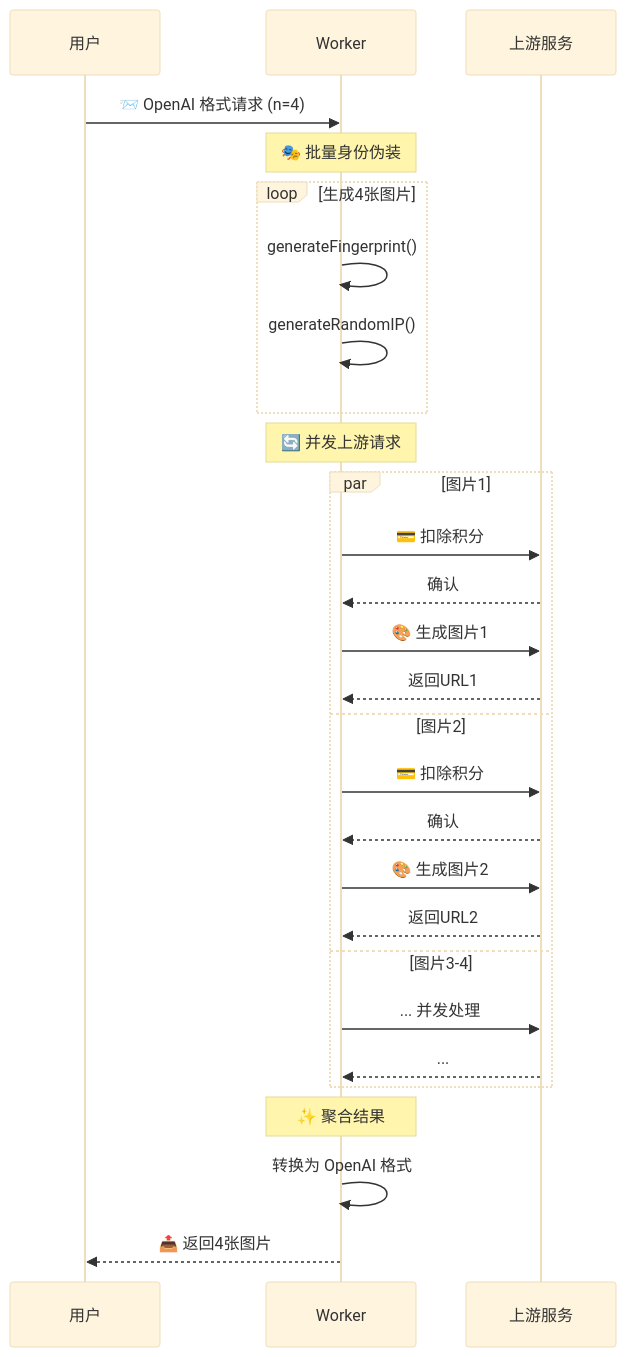
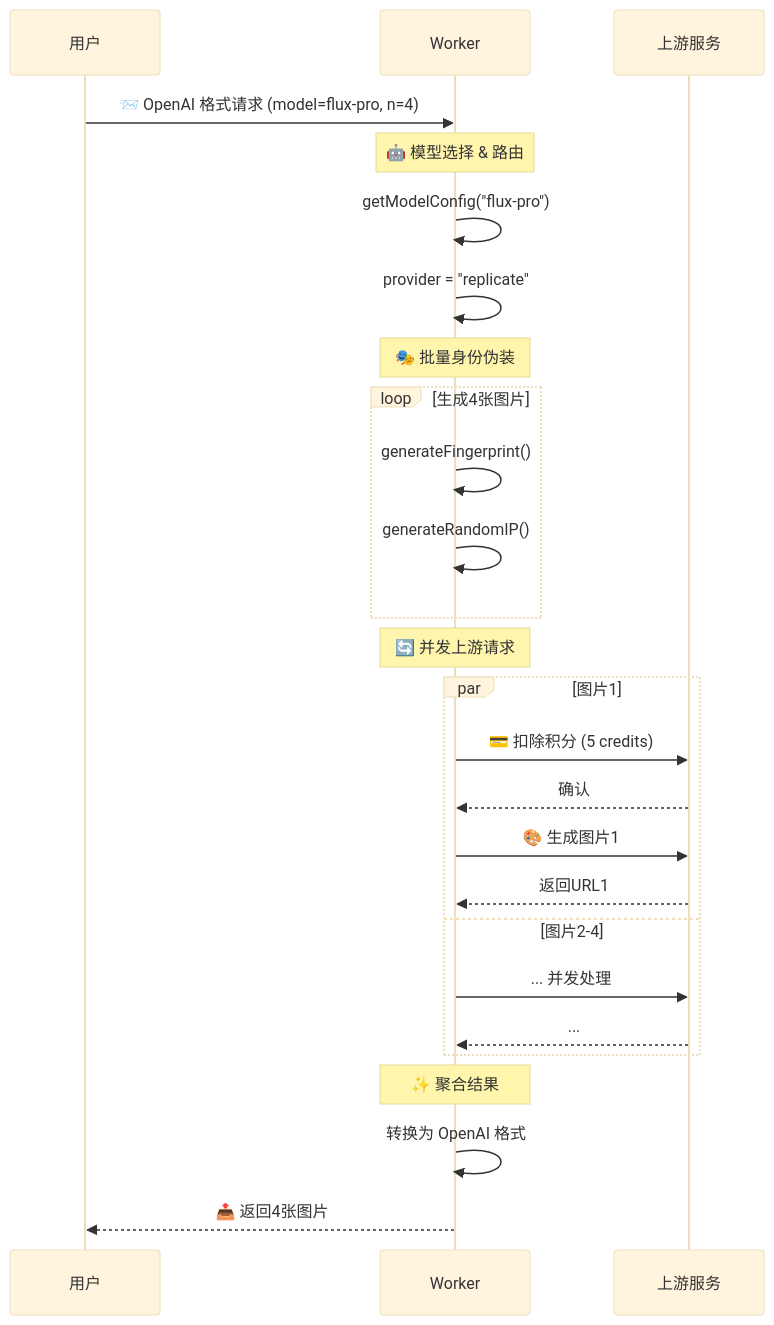
One commit to kinai9661/fluxai changed the second of 2 diagrams in README.md. Above: the diagram before and after it, drawn with Mermaid (base theme). The commit also changed other lines of this file, not shown here.

````diff
--- a/README.md
+++ b/README.md
@@ -195,33 +240,32 @@
 ```mermaid
 sequenceDiagram
     participant U as 用户
     participant W as Worker
     participant S as 上游服务
     
-    U->>W: 📨 OpenAI 格式请求 (n=4)
+    U->>W: 📨 OpenAI 格式请求 (model=flux-pro, n=4)
+    Note over W: 🤖 模型选择 & 路由
+    W->>W: getModelConfig("flux-pro")
+    W->>W: provider = "replicate"
+    
     Note over W: 🎭 批量身份伪装
     loop 生成4张图片
         W->>W: generateFingerprint()
         W->>W: generateRandomIP()
     end
     
     Note over W: 🔄 并发上游请求
     par 图片1
-        W->>S: 💳 扣除积分
+        W->>S: 💳 扣除积分 (5 credits)
         S-->>W: 确认
         W->>S: 🎨 生成图片1
         S-->>W: 返回URL1
-    and 图片2
-        W->>S: 💳 扣除积分
-        S-->>W: 确认
-        W->>S: 🎨 生成图片2
-        S-->>W: 返回URL2
-    and 图片3-4
+    and 图片2-4
         W->>S: ... 并发处理
         S-->>W: ...
     end
     
     Note over W: ✨ 聚合结果
     W->>W: 转换为 OpenAI 格式
     W-->>U: 📤 返回4张图片
 ```
````
